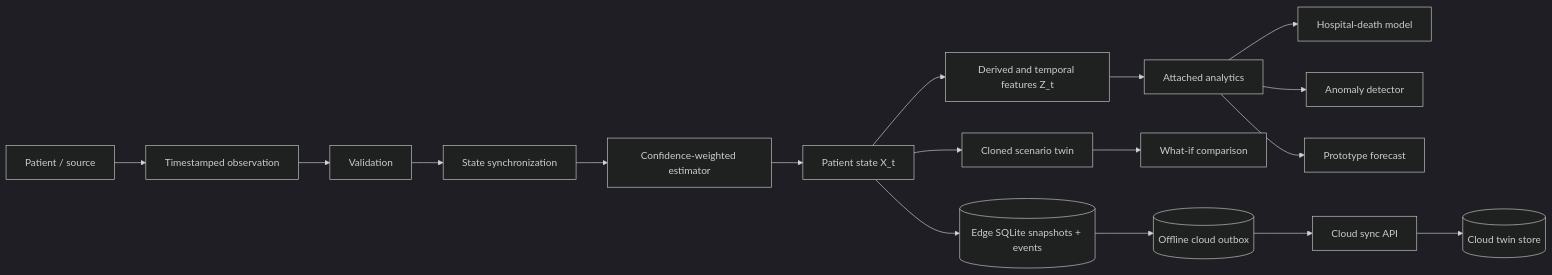
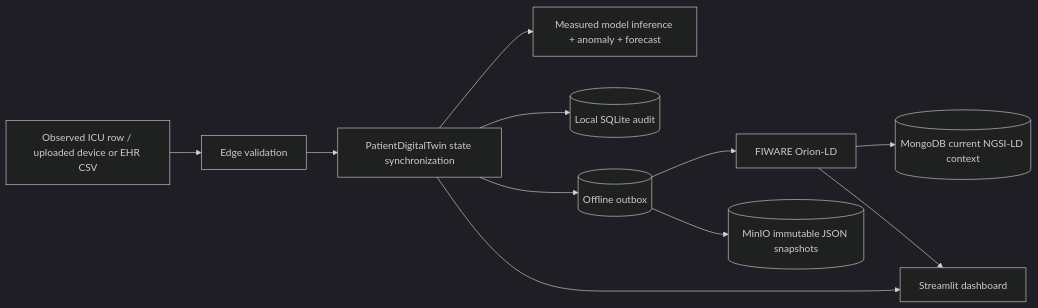
One commit to Dheeraj1301/Dheeraj1301-criticalcare-twin changed the diagram in README.md. Above: the diagram before and after it, drawn with Mermaid (dark theme). The commit also changed other lines of this file and 46 other files, not shown here.

Commit message:
Integrate free FIWARE digital twin platform

````diff
--- a/README.md
+++ b/README.md
@@ -13,15 +9,13 @@
 ```mermaid
 flowchart LR
-  P[Patient / source] --> O[Timestamped observation]
-  O --> V[Validation] --> S[State synchronization]
-  S --> E[Confidence-weighted estimator] --> X[Patient state X_t]
-  X --> F[Derived and temporal features Z_t] --> A[Attached analytics]
-  A --> R[Hospital-death model]
-  A --> N[Anomaly detector]
-  A --> T[Prototype forecast]
-  X --> C[Cloned scenario twin] --> W[What-if comparison]
-  X --> DB[(Edge SQLite snapshots + events)]
-  DB --> Q[(Offline cloud outbox)]
-  Q --> API[Cloud sync API]
-  API --> CDB[(Cloud twin store)]
+  A[Observed ICU row / uploaded device or EHR CSV] --> B[Edge validation]
+  B --> C[PatientDigitalTwin state synchronization]
+  C --> D[Measured model inference + anomaly + forecast]
+  C --> E[(Local SQLite audit)]
+  C --> F[(Offline outbox)]
+  F --> G[FIWARE Orion-LD]
+  G --> H[(MongoDB current NGSI-LD context)]
+  F --> I[(MinIO immutable JSON snapshots)]
+  G --> J[Streamlit dashboard]
+  C --> J
 ```
````
